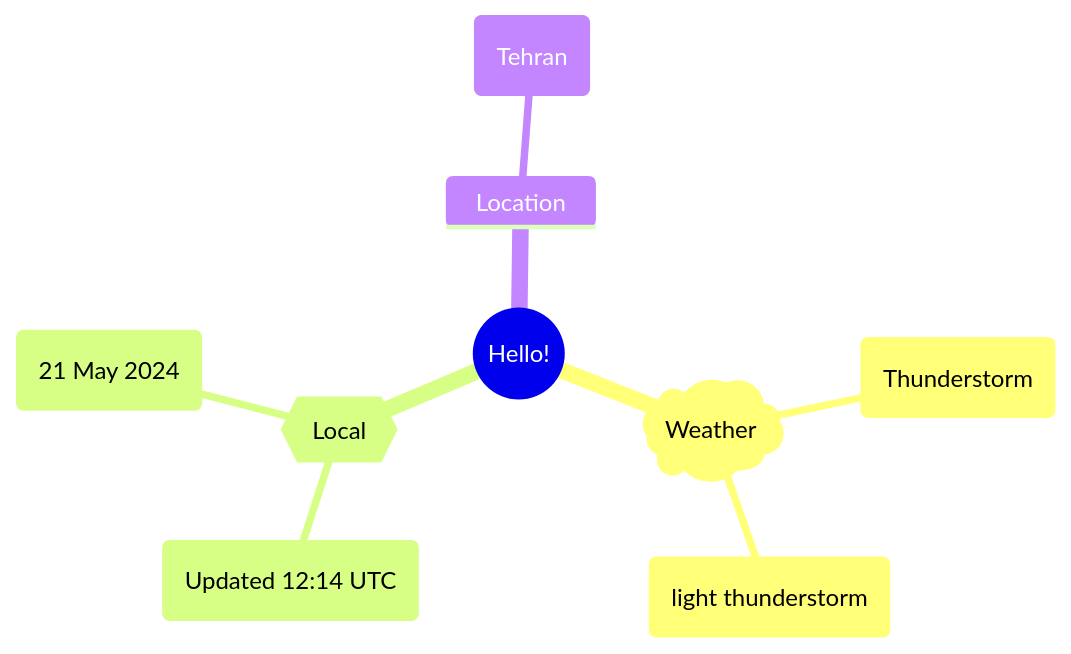
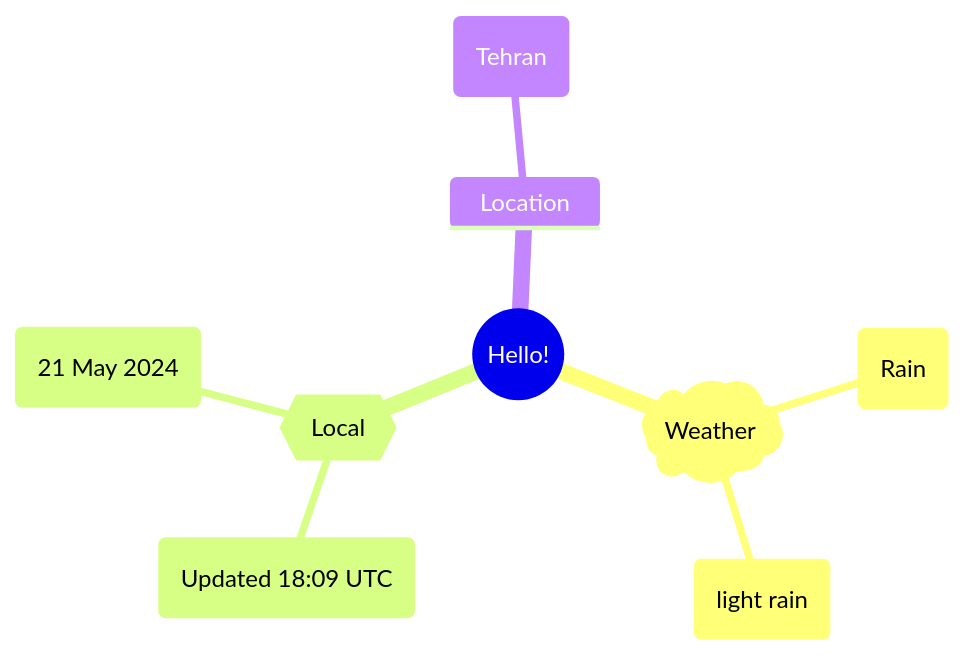
One commit to Xosrov/Xosrov changed the first of 2 diagrams in README.md. Above: the diagram before and after it, drawn with Mermaid.

Commit message:
[bot] updated images

````diff
--- a/README.md
+++ b/README.md
@@ -3,12 +3,12 @@
 ```mermaid
 mindmap
   root((Hello!))
     )Weather(
-        (Thunderstorm)
-        (light thunderstorm)
+        (Rain)
+        (light rain)
     {{Local}}
-        (Updated 12:14 UTC)
+        (Updated 18:09 UTC)
         (21 May 2024)
     Location
         (Tehran)
 ```
````
